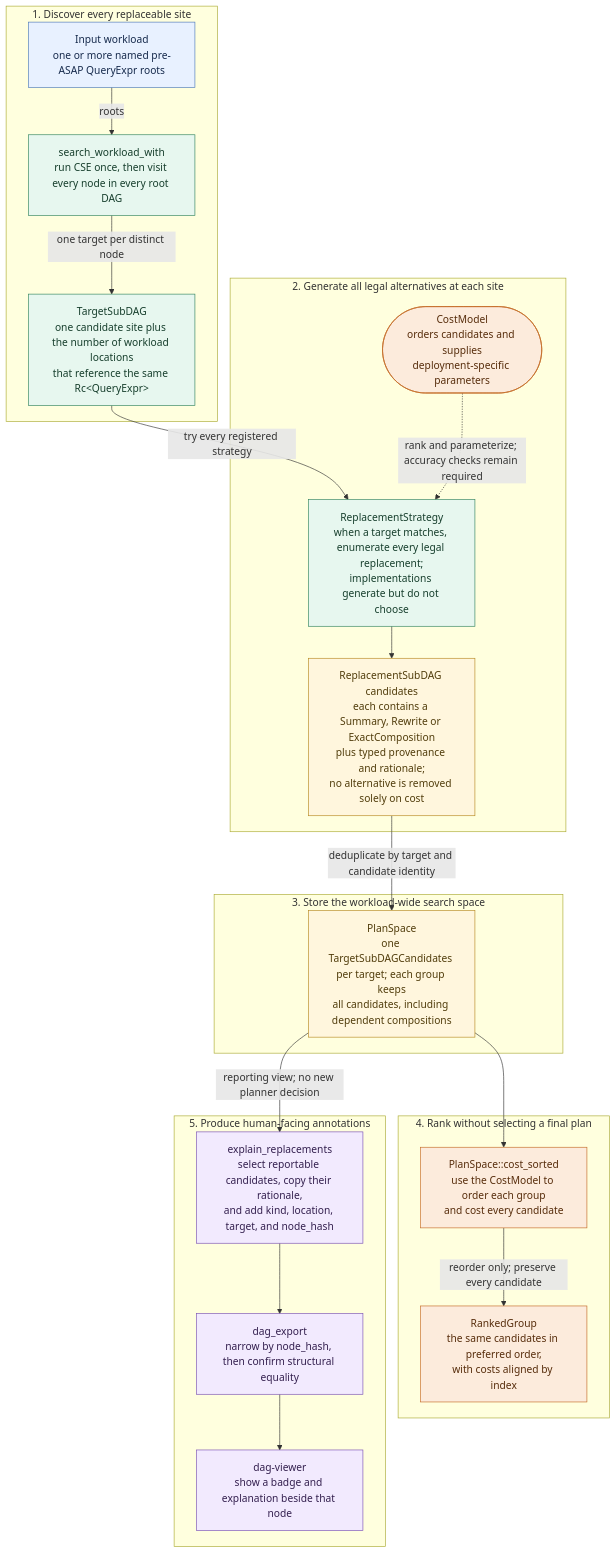
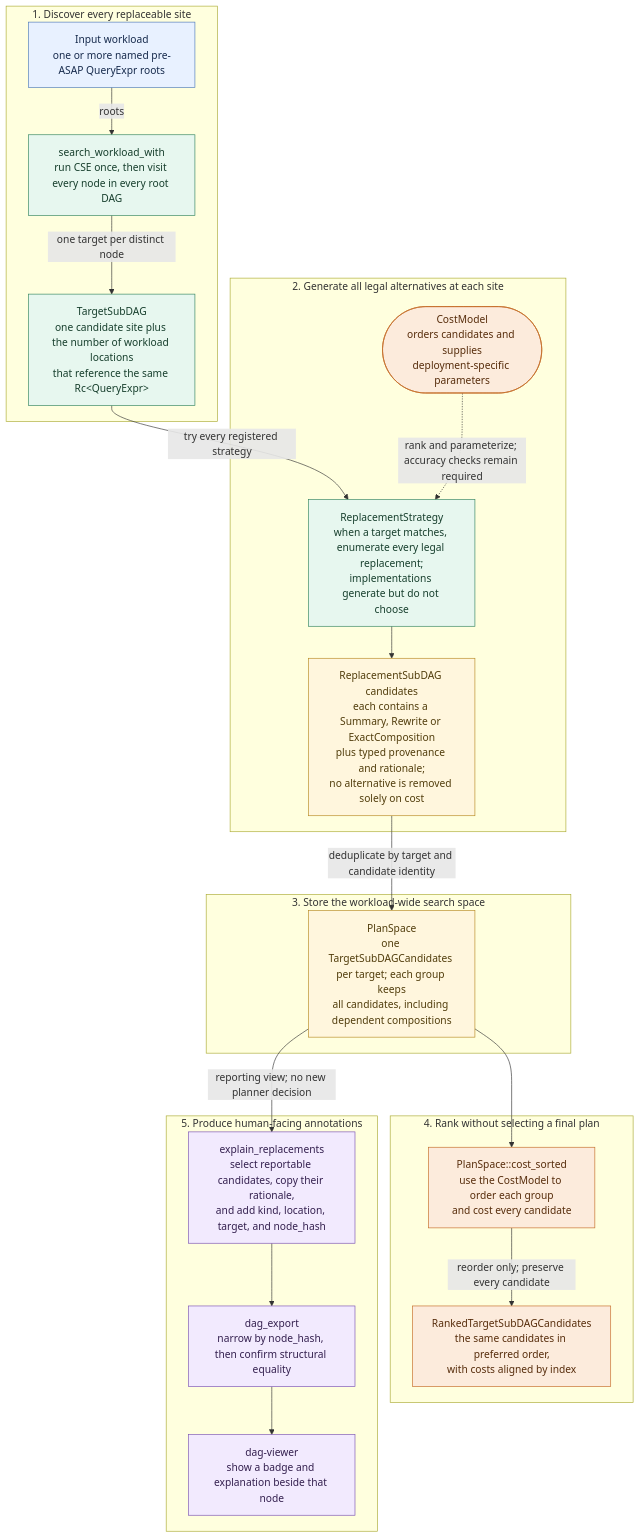
The first of 2 diagrams in docs/develop_docs/asap-aware-mapping-architecture.md (ProjectASAP/ASAPPlanner), drawn with Mermaid before and after one commit. The commit also changed 7 other files, not shown here.

Commit message:
refactor(planner): rename RankedGroup to RankedTargetSubDAGCandidates

````diff
--- a/docs/develop_docs/asap-aware-mapping-architecture.md
+++ b/docs/develop_docs/asap-aware-mapping-architecture.md
@@ -80,41 +80,41 @@
 ```mermaid
 flowchart TB
   classDef input fill:#e8f1ff,stroke:#4b78b8,color:#172b4d
   classDef generate fill:#e7f7ef,stroke:#31835e,color:#173f2d
   classDef store fill:#fff6dd,stroke:#b78922,color:#513d0c
   classDef choose fill:#fcebdc,stroke:#c46a25,color:#572d0c
   classDef report fill:#f2eafe,stroke:#7950b3,color:#34204f
 
   subgraph DISCOVERY[1. Discover every replaceable site]
     WL["Input workload<br/>one or more named pre-ASAP QueryExpr roots"]:::input
     SEARCH["search_workload_with<br/>run CSE once, then visit every node in every root DAG"]:::generate
     TARGET["TargetSubDAG<br/>one candidate site plus the number of workload locations<br/>that reference the same Rc&lt;QueryExpr&gt;"]:::generate
     WL -->|"roots"| SEARCH -->|"one target per distinct node"| TARGET
   end
 
   subgraph GENERATION[2. Generate all legal alternatives at each site]
     STRATEGY["ReplacementStrategy<br/>when a target matches, enumerate every legal replacement;<br/>implementations generate but do not choose"]:::generate
     CAND["ReplacementSubDAG candidates<br/>each contains a Summary, Rewrite or ExactComposition<br/>plus typed provenance and rationale;<br/>no alternative is removed solely on cost"]:::store
     TARGET -->|"try every registered strategy"| STRATEGY --> CAND
     CM(["CostModel<br/>orders candidates and supplies<br/>deployment-specific parameters"]):::choose
     CM -. "rank and parameterize; accuracy checks remain required" .-> STRATEGY
   end
 
   subgraph SEARCHSPACE[3. Store the workload-wide search space]
     MEMO["PlanSpace<br/>one TargetSubDAGCandidates per target; each group keeps<br/>all candidates, including dependent compositions"]:::store
     CAND -->|"deduplicate by target and candidate identity"| MEMO
   end
 
   subgraph RANKING[4. Rank without selecting a final plan]
     SORT["PlanSpace::cost_sorted<br/>use the CostModel to order each group<br/>and cost every candidate"]:::choose
-    GROUP["RankedGroup<br/>the same candidates in preferred order,<br/>with costs aligned by index"]:::choose
+    GROUP["RankedTargetSubDAGCandidates<br/>the same candidates in preferred order,<br/>with costs aligned by index"]:::choose
     MEMO --> SORT -->|"reorder only; preserve every candidate"| GROUP
   end
 
   subgraph REPORTING[5. Produce human-facing annotations]
     EXPLAIN["explain_replacements<br/>select reportable candidates, copy their rationale,<br/>and add kind, location, target, and node_hash"]:::report
     EXPORT["dag_export<br/>narrow by node_hash, then confirm structural equality"]:::report
     VIEWER["dag-viewer<br/>show a badge and explanation beside that node"]:::report
     MEMO -->|"reporting view; no new planner decision"| EXPLAIN --> EXPORT --> VIEWER
   end
 ```
````
